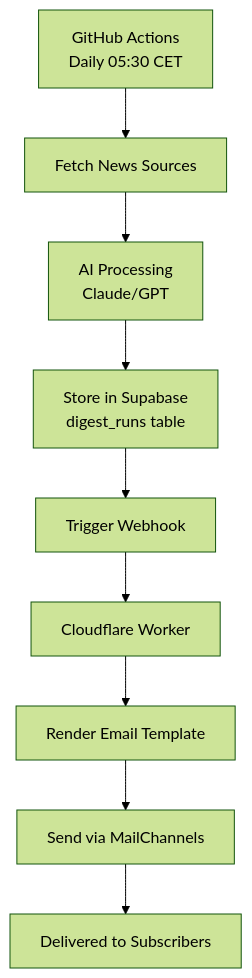
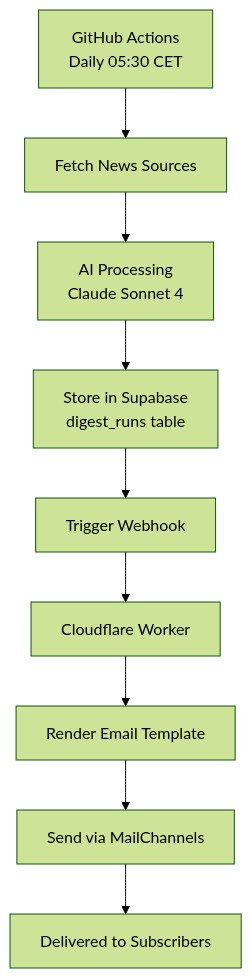
Before and after one commit to elzacka/budbringer: the diagram in README.md, drawn with Mermaid (forest theme). The commit also changed other lines of this file and 2 other files, not shown here.

First line of the commit message:
Upgrade to Claude Sonnet 4 (September 2025) - Latest AI Model

````diff
--- a/README.md
+++ b/README.md
@@ -141,11 +141,11 @@
 ```mermaid
 graph TD
     A[GitHub Actions<br/>Daily 05:30 CET] --> B[Fetch News Sources]
-    B --> C[AI Processing<br/>Claude/GPT]
+    B --> C[AI Processing<br/>Claude Sonnet 4]
     C --> D[Store in Supabase<br/>digest_runs table]
     D --> E[Trigger Webhook]
     E --> F[Cloudflare Worker]
     F --> G[Render Email Template]
     G --> H[Send via MailChannels]
     H --> I[Delivered to Subscribers]
 ```
````
